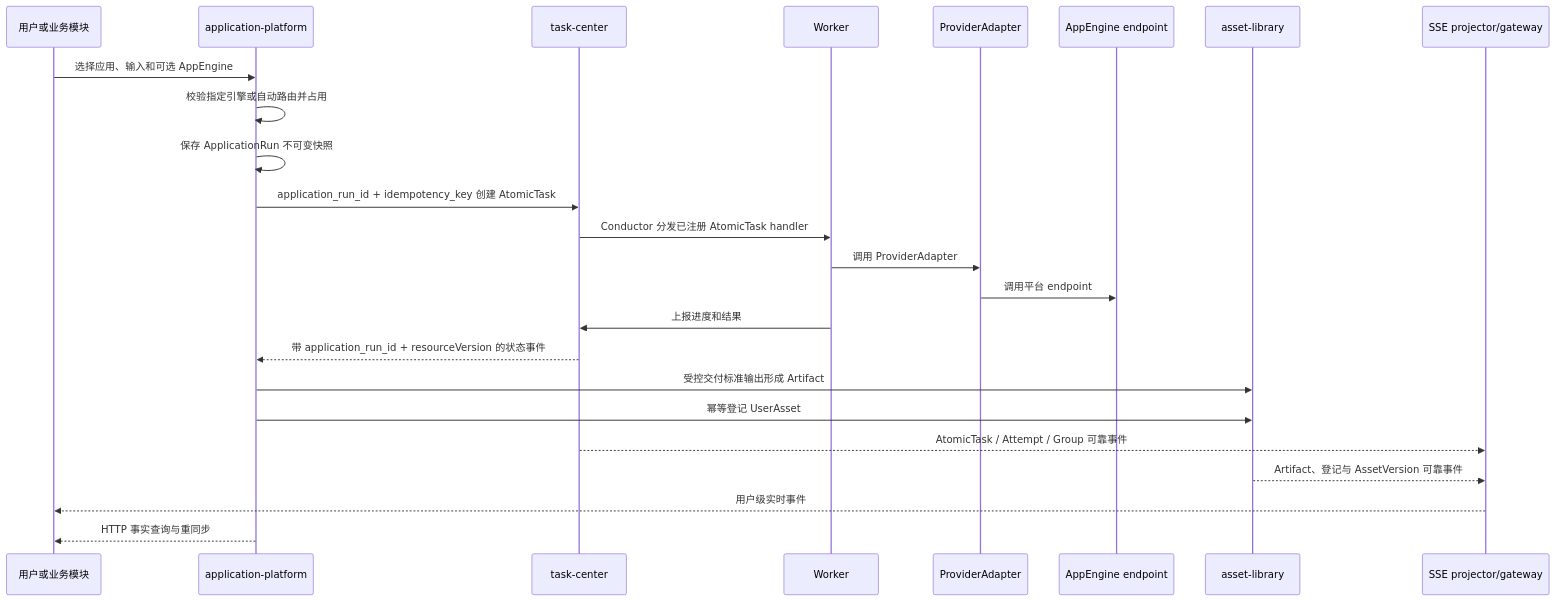
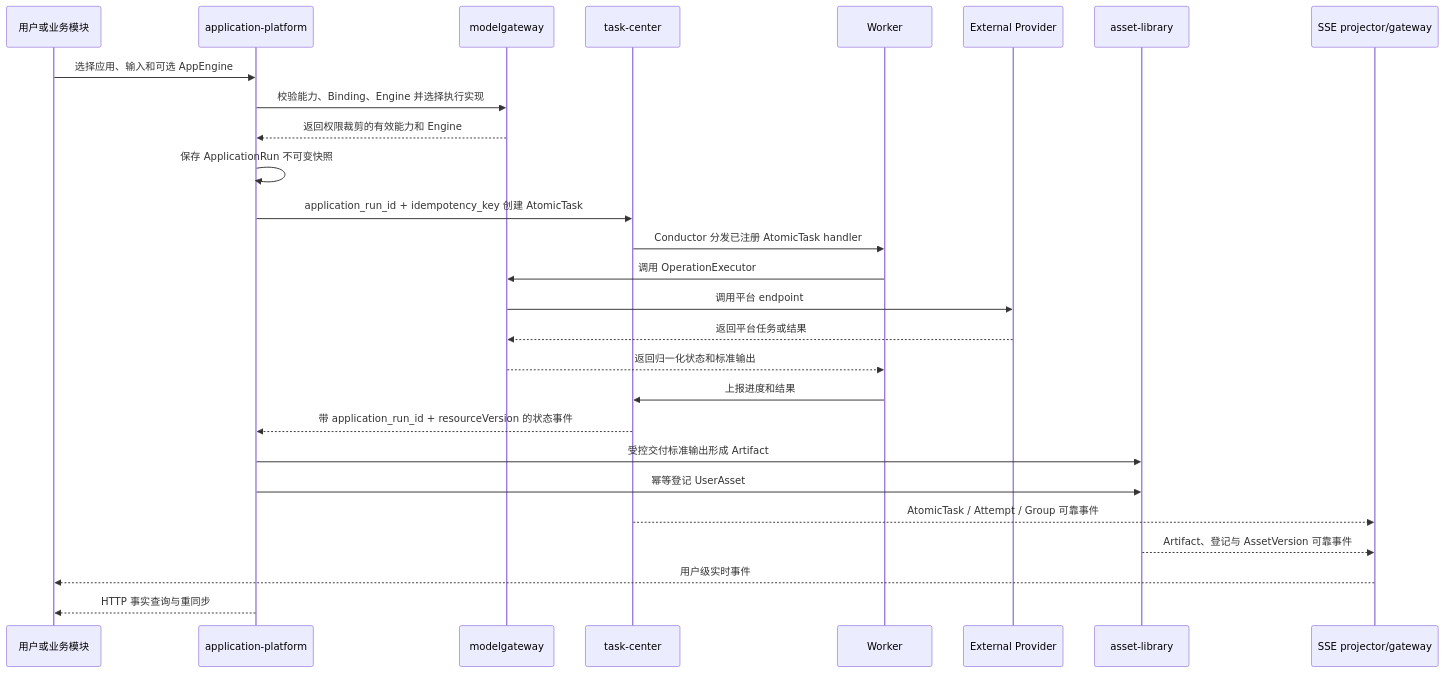
Before and after one commit to wangweihong/omnimam-spec: the third of 4 diagrams in 02_architecture/global-architecture.md, drawn with Mermaid. The commit also changed other lines of this file and 32 other files, not shown here.

Commit message:
spec: migrate gateway core to modelgateway

````diff
--- a/02_architecture/global-architecture.md
+++ b/02_architecture/global-architecture.md
@@ -99,27 +105,30 @@
 ```mermaid
 sequenceDiagram
   participant User as 用户或业务模块
   participant App as application-platform
+  participant Gateway as modelgateway
   participant Task as task-center
   participant Worker as Worker
-  participant Adapter as ProviderAdapter
-  participant Engine as AppEngine endpoint
+  participant Engine as External Provider
   participant Asset as asset-library
   participant SSE as SSE projector/gateway
 
   User->>App: 选择应用、输入和可选 AppEngine
-  App->>App: 校验指定引擎或自动路由并占用
+  App->>Gateway: 校验能力、Binding、Engine 并选择执行实现
+  Gateway-->>App: 返回权限裁剪的有效能力和 Engine
   App->>App: 保存 ApplicationRun 不可变快照
   App->>Task: application_run_id + idempotency_key 创建 AtomicTask
   Task->>Worker: Conductor 分发已注册 AtomicTask handler
-  Worker->>Adapter: 调用 ProviderAdapter
-  Adapter->>Engine: 调用平台 endpoint
+  Worker->>Gateway: 调用 OperationExecutor
+  Gateway->>Engine: 调用平台 endpoint
+  Engine-->>Gateway: 返回平台任务或结果
+  Gateway-->>Worker: 返回归一化状态和标准输出
   Worker->>Task: 上报进度和结果
   Task-->>App: 带 application_run_id + resourceVersion 的状态事件
   App->>Asset: 受控交付标准输出形成 Artifact
   App->>Asset: 幂等登记 UserAsset
   Task-->>SSE: AtomicTask / Attempt / Group 可靠事件
   Asset-->>SSE: Artifact、登记与 AssetVersion 可靠事件
   SSE-->>User: 用户级实时事件
   App-->>User: HTTP 事实查询与重同步
 ```
````
